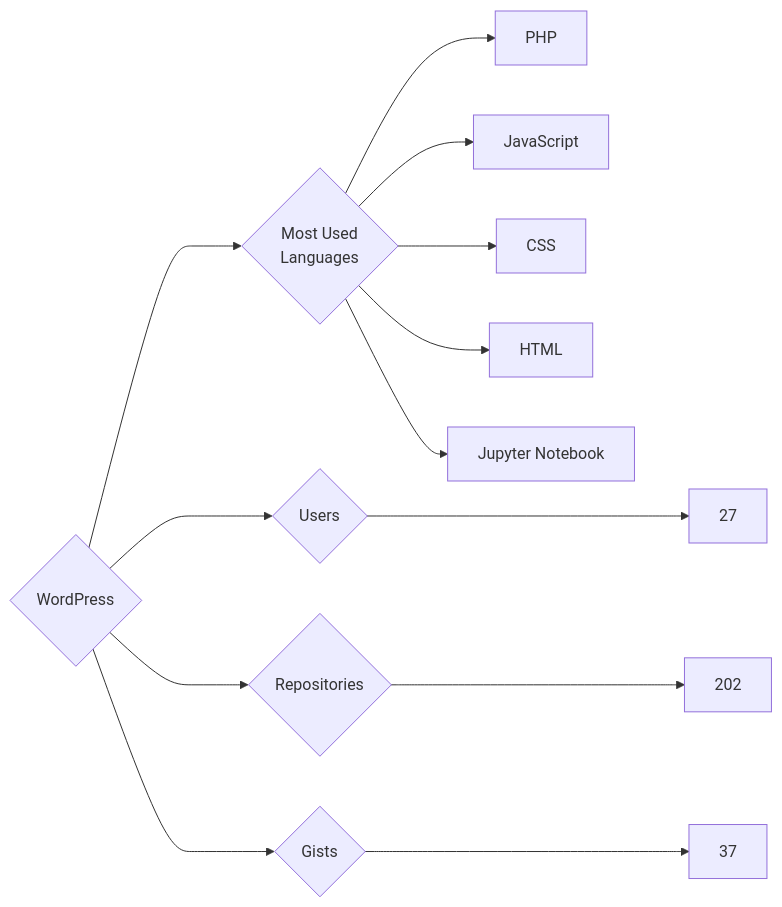
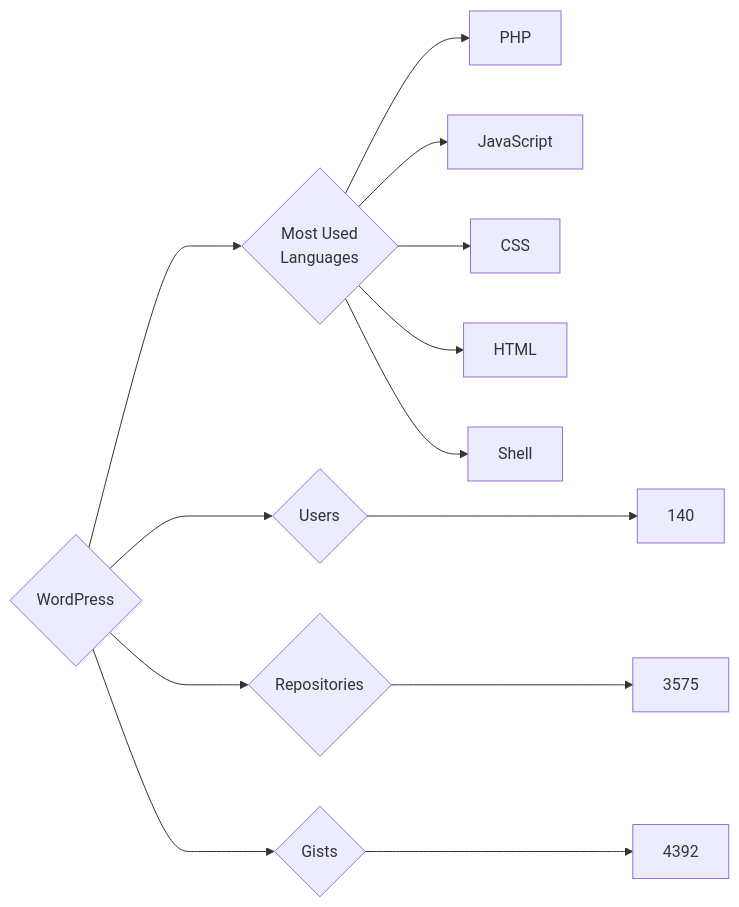
One commit to trickest/insiders changed the diagram in targets/WordPress/README.md. Above: the diagram before and after it, drawn with Mermaid. The commit also changed 877 other files, not shown here.

````diff
--- a/targets/WordPress/README.md
+++ b/targets/WordPress/README.md
@@ -3,13 +3,13 @@
 ```mermaid
 graph LR
 COMPANY_NAME{WordPress}
-COMPANY_NAME ---> U{Users} ---> UN[27]
-COMPANY_NAME ---> R{Repositories} ---> RN[202]
-COMPANY_NAME ---> G{Gists} ---> GN[37]
+COMPANY_NAME ---> U{Users} ---> UN[140]
+COMPANY_NAME ---> R{Repositories} ---> RN[3575]
+COMPANY_NAME ---> G{Gists} ---> GN[4392]
 COMPANY_NAME ---> ML{Most Used<br>Languages}
 ML --> PHP[PHP]
 ML --> JavaScript[JavaScript]
 ML --> CSS[CSS]
 ML --> HTML[HTML]
-ML --> Jupyter_Notebook[Jupyter Notebook]
+ML --> Shell[Shell]
 ```
````
